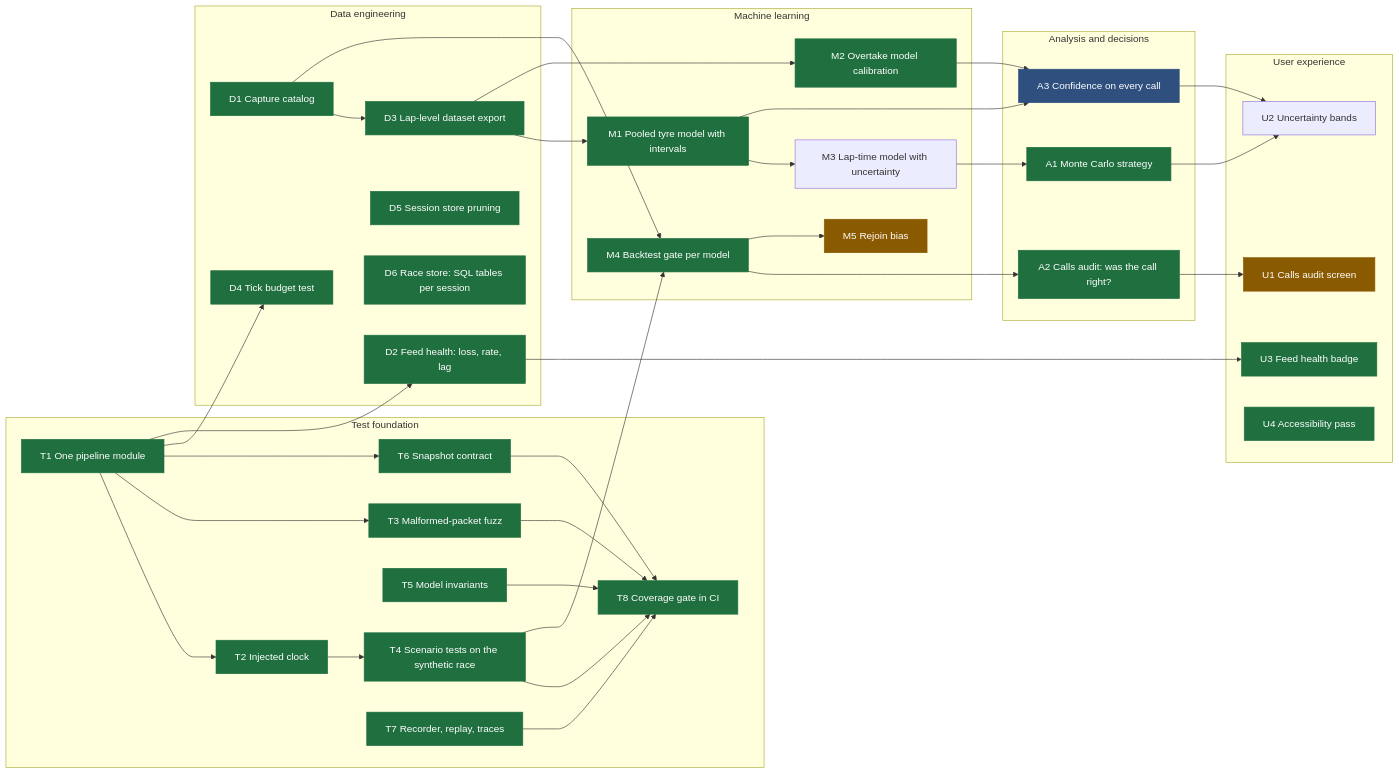
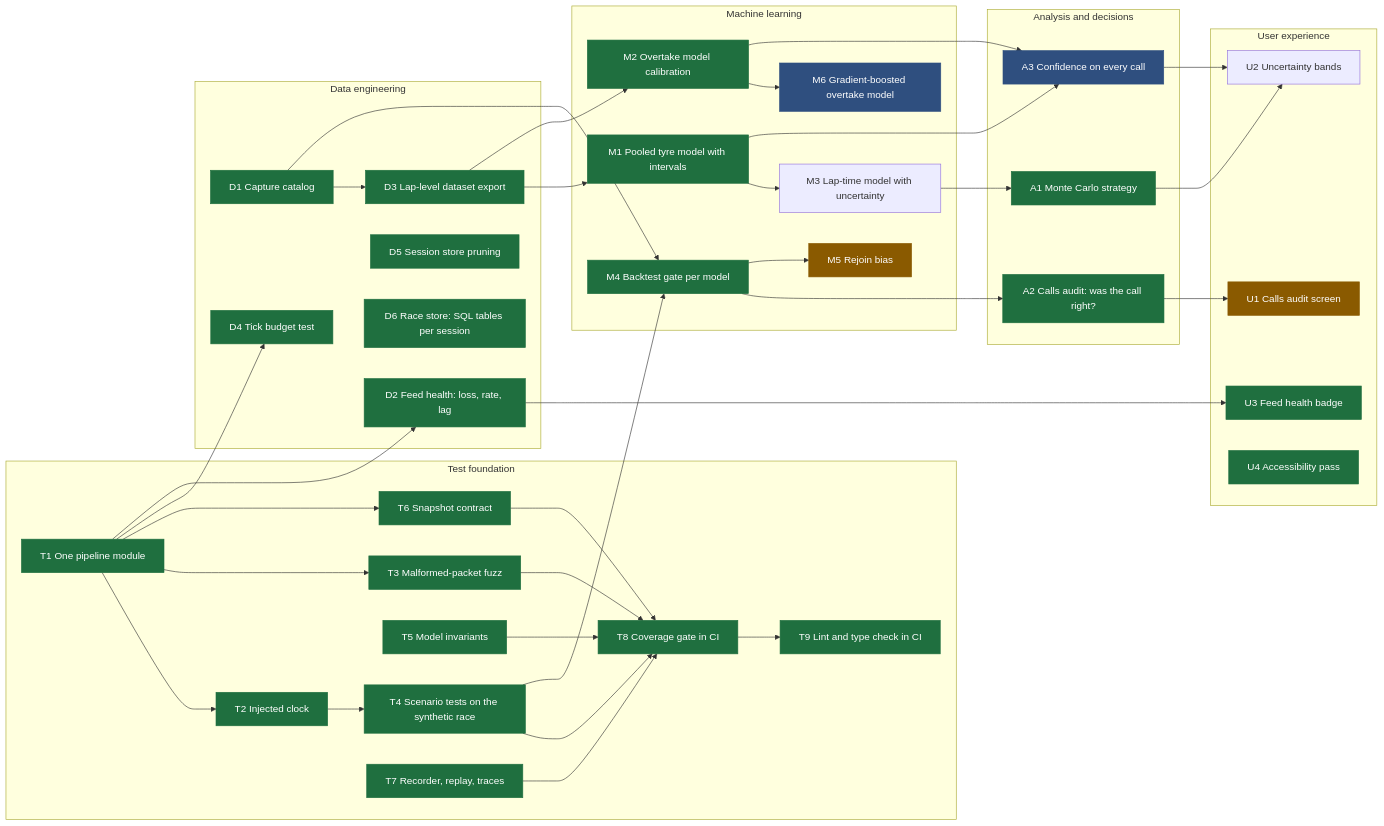
Before and after one commit to srikarnadella/f1-race-engineer: the diagram in docs/roadmap.md, drawn with Mermaid. The commit also changed other lines of this file and 13 other files, not shown here.

First line of the commit message:
LightGBM overtake model beats the gap-only baseline; docs and site synced

````diff
--- a/docs/roadmap.md
+++ b/docs/roadmap.md
@@ -8,57 +8,61 @@
 ```mermaid
 flowchart LR
   classDef done fill:#1f6f3f,color:#fff,stroke:#1f6f3f
   classDef next fill:#8a5a00,color:#fff,stroke:#8a5a00
   classDef part fill:#2f4f7f,color:#fff,stroke:#2f4f7f
 
   subgraph T[Test foundation]
     T1[T1 One pipeline module]:::done
     T2[T2 Injected clock]:::done
     T3[T3 Malformed-packet fuzz]:::done
     T4[T4 Scenario tests on the synthetic race]:::done
     T5[T5 Model invariants]:::done
     T6[T6 Snapshot contract]:::done
     T7[T7 Recorder, replay, traces]:::done
     T8[T8 Coverage gate in CI]:::done
+    T9[T9 Lint and type check in CI]:::done
   end
   subgraph D[Data engineering]
     D1[D1 Capture catalog]:::done
     D2[D2 Feed health: loss, rate, lag]:::done
     D3[D3 Lap-level dataset export]:::done
     D4[D4 Tick budget test]:::done
     D5[D5 Session store pruning]:::done
     D6[D6 Race store: SQL tables per session]:::done
   end
   subgraph M[Machine learning]
     M1[M1 Pooled tyre model with intervals]:::done
     M2[M2 Overtake model calibration]:::done
     M3[M3 Lap-time model with uncertainty]
     M4[M4 Backtest gate per model]:::done
     M5[M5 Rejoin bias]:::next
+    M6[M6 Gradient-boosted overtake model]:::part
   end
   subgraph A[Analysis and decisions]
     A1[A1 Monte Carlo strategy]:::done
     A2[A2 Calls audit: was the call right?]:::done
     A3[A3 Confidence on every call]:::part
   end
   subgraph U[User experience]
     U1[U1 Calls audit screen]:::next
     U2[U2 Uncertainty bands]
     U3[U3 Feed health badge]:::done
     U4[U4 Accessibility pass]:::done
   end
 
   T1 --> T2 --> T4
   T1 --> T3
   T1 --> T6
   T1 --> D4
   T3 & T4 & T5 & T6 & T7 --> T8
+  T8 --> T9
   T1 --> D2 --> U3
   D1 --> D3
   D3 --> M1 & M2
   M1 --> M3 --> A1
   D1 & T4 --> M4 --> A2 --> U1
   M4 --> M5
+  M2 --> M6
   M1 & M2 --> A3 --> U2
   A1 --> U2
 ```
````
